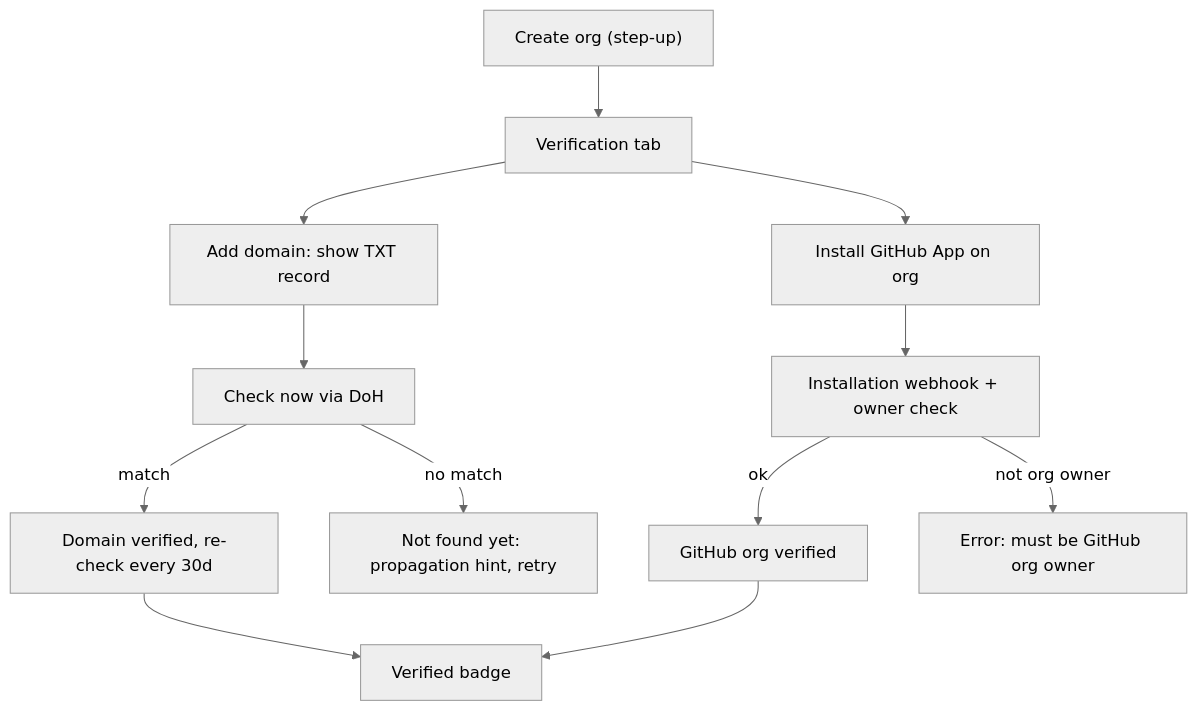
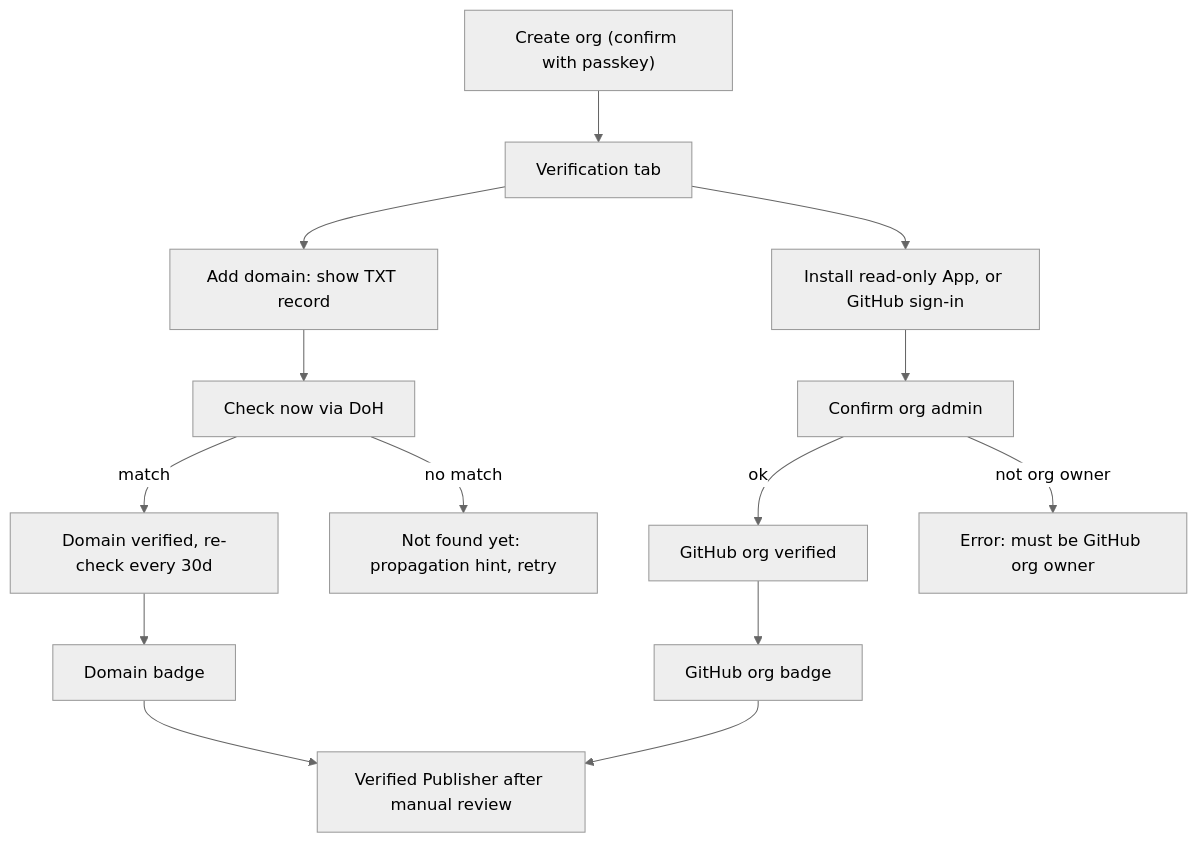
One commit to Claudinite/PackServer changed the ninth of 13 diagrams in docs/ui/flows.md. Above: the diagram before and after it, drawn with Mermaid (neutral theme). The commit also changed other lines of this file and 4 other files, not shown here.

````diff
--- a/docs/ui/flows.md
+++ b/docs/ui/flows.md
@@ -366,14 +383,16 @@
 ```mermaid
 flowchart TD
-  A["Create org (step-up)"] --> B["Verification tab"]
+  A["Create org (confirm with passkey)"] --> B["Verification tab"]
   B --> C["Add domain: show TXT record"]
   C --> D["Check now via DoH"]
   D -- match --> E["Domain verified, re-check every 30d"]
   D -- no match --> F["Not found yet: propagation hint, retry"]
-  B --> G["Install GitHub App on org"]
-  G --> H["Installation webhook + owner check"]
+  B --> G["Install read-only App, or GitHub sign-in"]
+  G --> H["Confirm org admin"]
   H -- ok --> I["GitHub org verified"]
   H -- not org owner --> J["Error: must be GitHub org owner"]
-  E --> K["Verified badge"]
-  I --> K
+  E --> K["Domain badge"]
+  I --> K2["GitHub org badge"]
+  K --> VP["Verified Publisher after manual review"]
+  K2 --> VP
 ```
````
